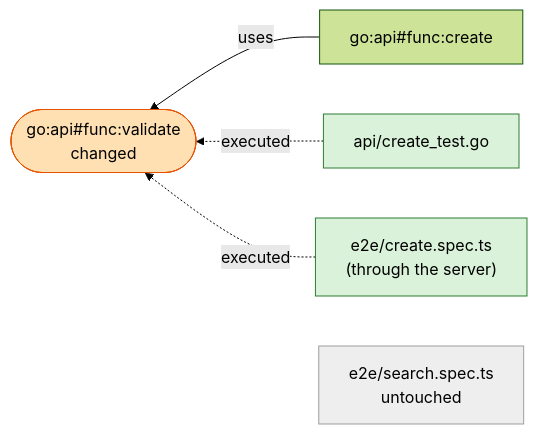
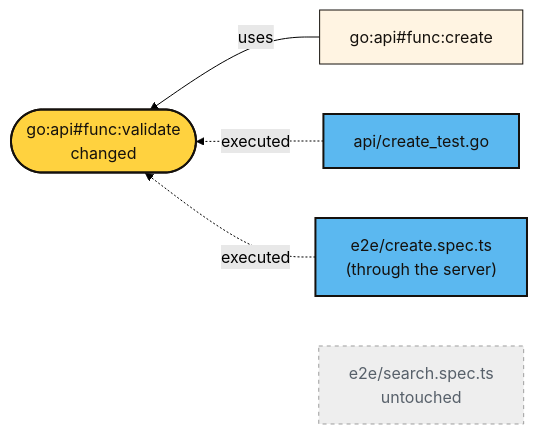
The diagram in docs/concepts/the-graph-and-the-walk.md (sideways-works/pipelinegen), drawn with Mermaid (forest theme) before and after one commit. The commit also changed 3 other files, not shown here.

Commit message:
docs: the book's diagrams in the brand colours

````diff
--- a/docs/concepts/the-graph-and-the-walk.md
+++ b/docs/concepts/the-graph-and-the-walk.md
@@ -37,14 +37,15 @@
 ```mermaid
 flowchart RL
   validate(["go:api#func:validate<br/>changed"])
   create["go:api#func:create"] -- uses --> validate
   t1["api/create_test.go"] -. executed .-> validate
   s1["e2e/create.spec.ts<br/>(through the server)"] -. executed .-> validate
   s2["e2e/search.spec.ts<br/>untouched"]
-  classDef changed fill:#ffe0b2,stroke:#e65100,color:#000
-  classDef slice fill:#d9f2d9,stroke:#2e7d32,color:#000
-  classDef out fill:#eeeeee,stroke:#9e9e9e,color:#000
-  class validate changed
-  class t1,s1 slice
+  classDef default fill:#FFF4E2,stroke:#15110D,color:#15110D
+  classDef key fill:#FFD23F,stroke:#15110D,color:#15110D,stroke-width:2px
+  classDef runs fill:#5BB8F0,stroke:#15110D,color:#15110D,stroke-width:2px
+  classDef out fill:#EEEEEE,stroke:#9E9E9E,color:#57606A,stroke-dasharray:4 4
+  class validate key
+  class t1,s1 runs
   class s2 out
 ```
````
